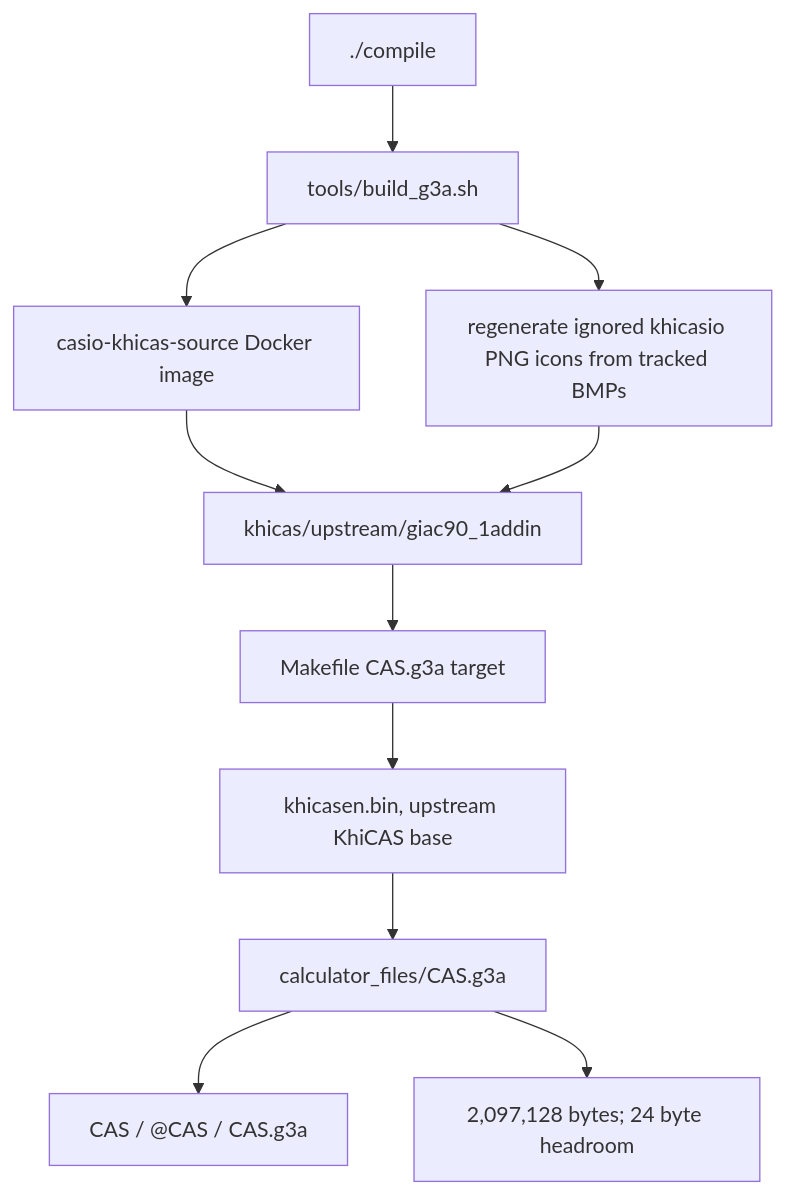
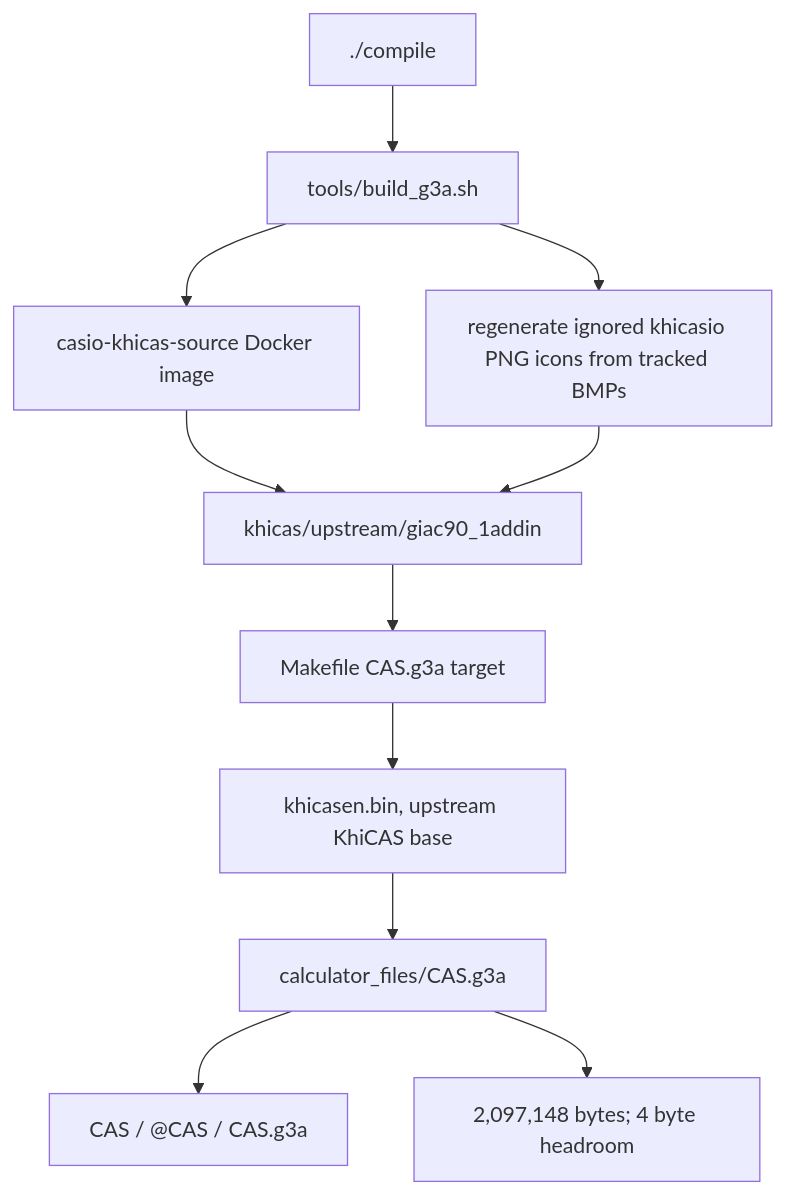
The first of 6 diagrams in docs/GRAPH.md (james8464/notes-addin-casio-fx-cg50), drawn with Mermaid before and after one commit. The commit also changed other lines of this file and 3 other files, not shown here.

````diff
--- a/docs/GRAPH.md
+++ b/docs/GRAPH.md
@@ -7,13 +7,13 @@
 ```mermaid
 graph TD
   Compile["./compile"] --> Build["tools/build_g3a.sh"]
   Build --> Docker["casio-khicas-source Docker image"]
   Docker --> Src["khicas/upstream/giac90_1addin"]
   Build --> Icons["regenerate ignored khicasio PNG icons from tracked BMPs"]
   Icons --> Src
   Src --> Make["Makefile CAS.g3a target"]
   Make --> Bin["khicasen.bin, upstream KhiCAS base"]
   Bin --> G3A["calculator_files/CAS.g3a"]
   G3A --> Meta["CAS / @CAS / CAS.g3a"]
-  G3A --> Size["2,097,128 bytes; 24 byte headroom"]
+  G3A --> Size["2,097,148 bytes; 4 byte headroom"]
 ```
````
